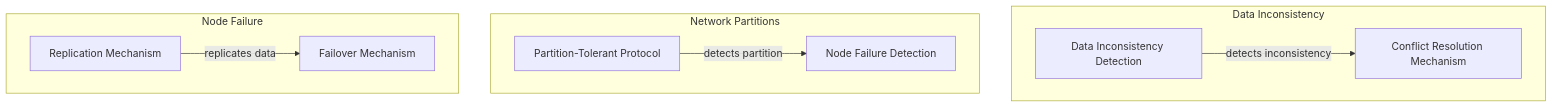
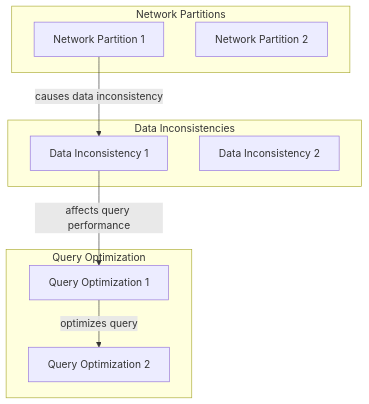
The first of 3 diagrams in docs/blogs/The_Complete_Guide_to_Decentralized_Vector_Database_Implementations_Part_3.md (baaghinitesh/dailly-notes), drawn with Mermaid before and after one commit. The commit also changed other lines of this file and 5 other files, not shown here.

````diff
--- a/docs/blogs/The_Complete_Guide_to_Decentralized_Vector_Database_Implementations_Part_3.md
+++ b/docs/blogs/The_Complete_Guide_to_Decentralized_Vector_Database_Implementations_Part_3.md
@@ -23,18 +22,18 @@
 ```mermaid
 flowchart TD
-    subgraph Data Inconsistency
-        DI1[Data Inconsistency Detection]
-        DI2[Conflict Resolution Mechanism]
+    subgraph Network Partitions
+        NP1[Network Partition 1]
+        NP2[Network Partition 2]
     end
-    subgraph Network Partitions
-        NP1["Partition-Tolerant Protocol"]
-        NP2[Node Failure Detection]
+    subgraph Data Inconsistencies
+        DI1[Data Inconsistency 1]
+        DI2[Data Inconsistency 2]
     end
-    subgraph Node Failure
-        NF1[Replication Mechanism]
-        NF2[Failover Mechanism]
+    subgraph Query Optimization
+        QO1[Query Optimization 1]
+        QO2[Query Optimization 2]
     end
-    DI1 -- detects inconsistency --> DI2
-    NP1 -- detects partition --> NP2
-    NF1 -- replicates data --> NF2
+    NP1 -- causes data inconsistency --> DI1
+    DI1 -- affects query performance --> QO1
+    QO1 -- optimizes query --> QO2
 ```
````
